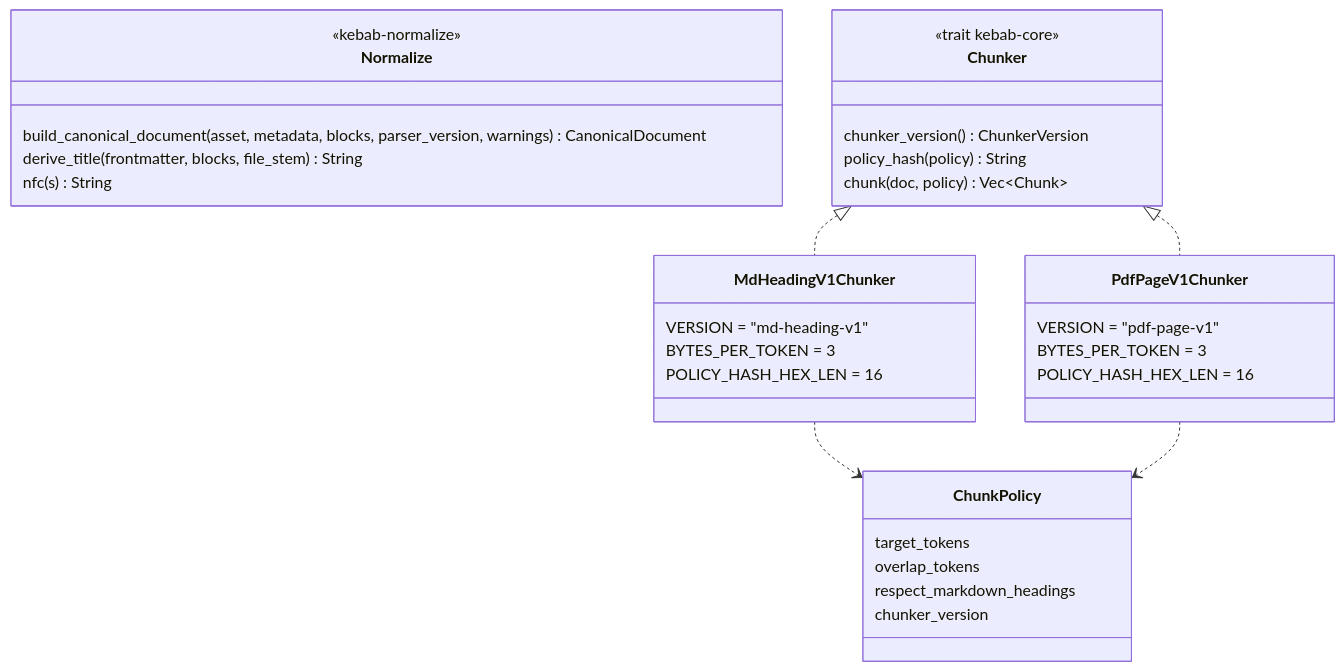
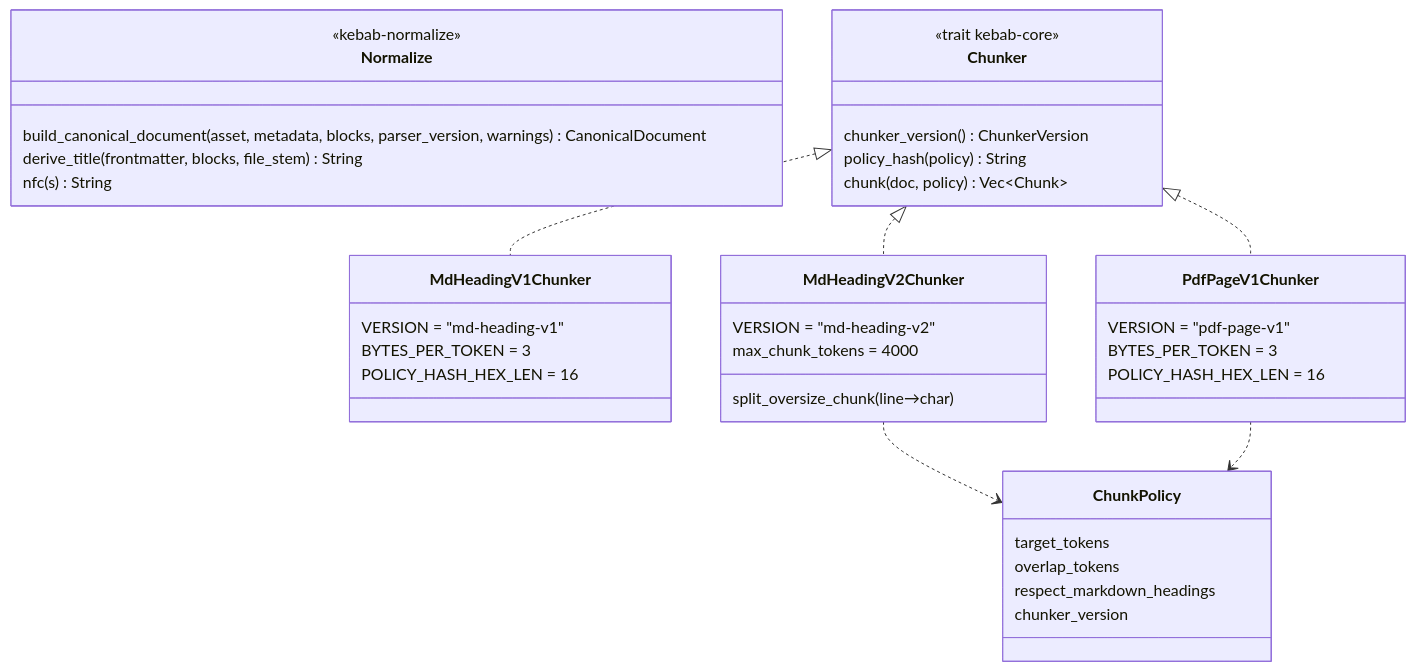
The first of 2 diagrams in docs/components/normalize-chunk/README.md (altair823/kebab), drawn with Mermaid before and after one commit. The commit also changed other lines of this file and 14 other files, not shown here.

````diff
--- a/docs/components/normalize-chunk/README.md
+++ b/docs/components/normalize-chunk/README.md
@@ -14,35 +14,41 @@
 ```mermaid
 classDiagram
     class Normalize {
         <<kebab-normalize>>
         build_canonical_document(asset, metadata, blocks, parser_version, warnings) CanonicalDocument
         derive_title(frontmatter, blocks, file_stem) String
         nfc(s) String
     }
     class Chunker {
         <<trait kebab-core>>
         chunker_version() ChunkerVersion
         policy_hash(policy) String
         chunk(doc, policy) Vec~Chunk~
     }
     class MdHeadingV1Chunker {
         VERSION = "md-heading-v1"
         BYTES_PER_TOKEN = 3
         POLICY_HASH_HEX_LEN = 16
     }
+    class MdHeadingV2Chunker {
+        VERSION = "md-heading-v2"
+        max_chunk_tokens = 4000
+        split_oversize_chunk(line→char)
+    }
     class PdfPageV1Chunker {
         VERSION = "pdf-page-v1"
         BYTES_PER_TOKEN = 3
         POLICY_HASH_HEX_LEN = 16
     }
     class ChunkPolicy {
         target_tokens
         overlap_tokens
         respect_markdown_headings
         chunker_version
     }
     Chunker <|.. MdHeadingV1Chunker
+    Chunker <|.. MdHeadingV2Chunker
     Chunker <|.. PdfPageV1Chunker
-    MdHeadingV1Chunker ..> ChunkPolicy
+    MdHeadingV2Chunker ..> ChunkPolicy
     PdfPageV1Chunker ..> ChunkPolicy
 ```
````
